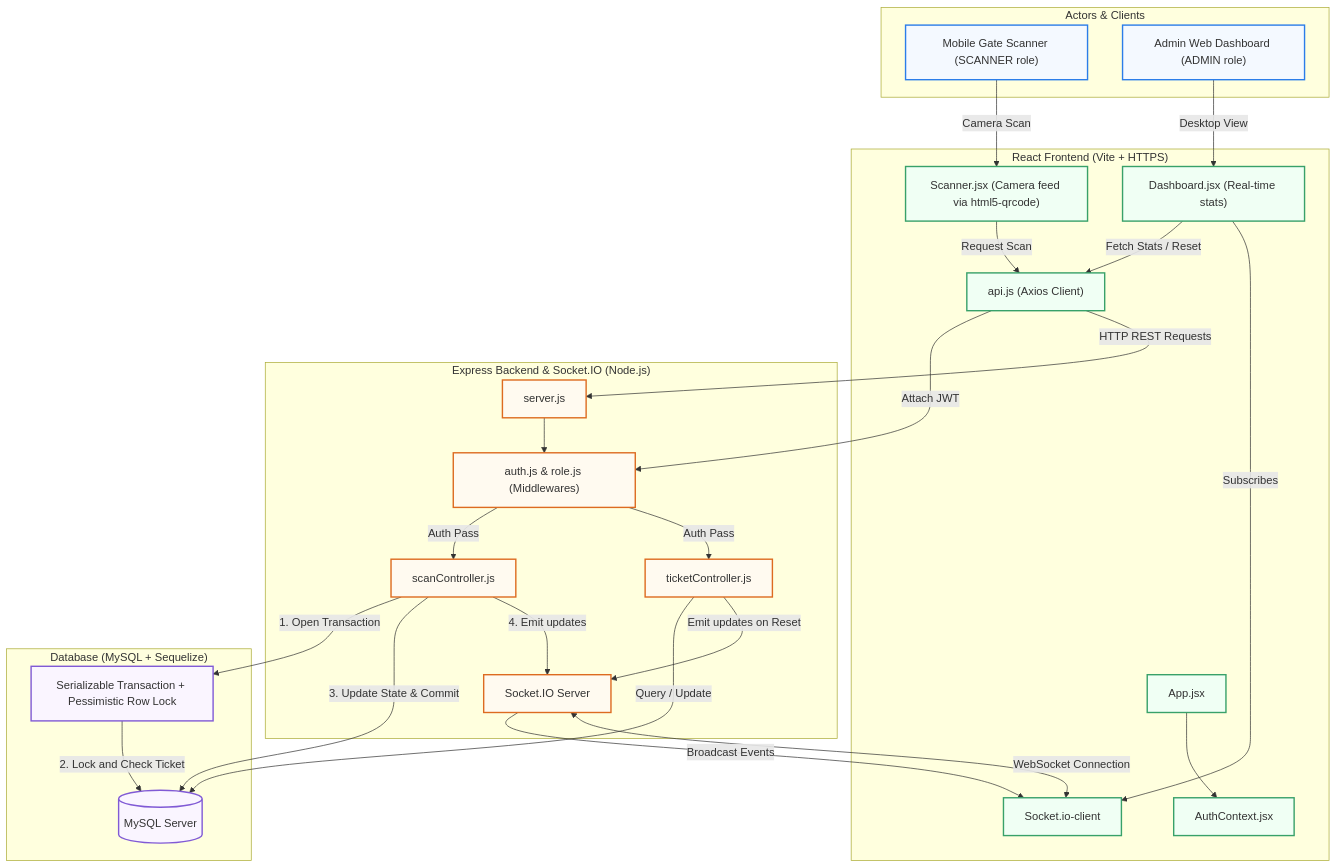
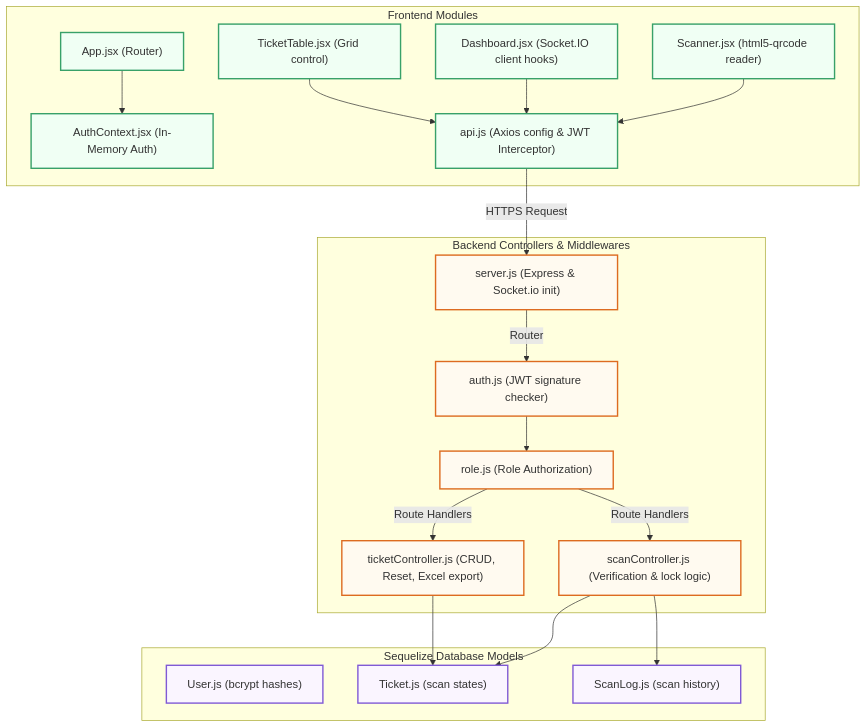
One commit to aloksingh245/QR-CODE-SCANNER-APPLICATION changed the second of 3 diagrams in ARCHITECTURE.md. Above: the diagram before and after it, drawn with Mermaid. The commit also changed other lines of this file, not shown here.

Commit message:
hld and lld architecture is added in architecture.md file

````diff
--- a/ARCHITECTURE.md
+++ b/ARCHITECTURE.md
@@ -9,75 +69,53 @@
 ```mermaid
 graph TD
     %% Define Classes for Styling
-    classDef client fill:#f4f9ff,stroke:#2b7de9,stroke-width:2px;
     classDef frontend fill:#f0fff4,stroke:#38a169,stroke-width:2px;
     classDef backend fill:#fffaf0,stroke:#dd6b20,stroke-width:2px;
     classDef database fill:#faf5ff,stroke:#805ad5,stroke-width:2px;
 
-    %% Subgraphs
-    subgraph Users ["Actors & Clients"]
-        Scanner["Mobile Gate Scanner (SCANNER role)"]
-        Admin["Admin Web Dashboard (ADMIN role)"]
-    end
-    
-    subgraph FE ["React Frontend (Vite + HTTPS)"]
-        App["App.jsx"]
-        AuthCtx["AuthContext.jsx"]
-        ScannerPage["Scanner.jsx (Camera feed via html5-qrcode)"]
-        DashPage["Dashboard.jsx (Real-time stats)"]
-        APIClient["api.js (Axios Client)"]
-        SocketClient["Socket.io-client"]
+    subgraph FE_Modules ["Frontend Modules"]
+        App["App.jsx (Router)"]
+        AuthCtx["AuthContext.jsx (In-Memory Auth)"]
+        ScannerPage["Scanner.jsx (html5-qrcode reader)"]
+        DashPage["Dashboard.jsx (Socket.IO client hooks)"]
+        api["api.js (Axios config & JWT Interceptor)"]
+        TicketTable["TicketTable.jsx (Grid control)"]
     end
 
-    subgraph BE ["Express Backend & Socket.IO (Node.js)"]
-        Server["server.js"]
-        AuthMW["auth.js & role.js (Middlewares)"]
-        ScanCtrl["scanController.js"]
-        TicketCtrl["ticketController.js"]
-        SocketServer["Socket.IO Server"]
+    subgraph BE_Modules ["Backend Controllers & Middlewares"]
+        Server["server.js (Express & Socket.io init)"]
+        AuthMW["auth.js (JWT signature checker)"]
+        RoleMW["role.js (Role Authorization)"]
+        ScanCtrl["scanController.js (Verification & lock logic)"]
+        TicketCtrl["ticketController.js (CRUD, Reset, Excel export)"]
     end
 
-    subgraph DB ["Database (MySQL + Sequelize)"]
-        MySQL[("MySQL Server")]
-        TxLock["Serializable Transaction + Pessimistic Row Lock"]
+    subgraph DB_Models ["Sequelize Database Models"]
+        M_User["User.js (bcrypt hashes)"]
+        M_Ticket["Ticket.js (scan states)"]
+        M_ScanLog["ScanLog.js (scan history)"]
     end
 
-    %% Client Interactions
-    Scanner -->|Camera Scan| ScannerPage
-    Admin -->|Desktop View| DashPage
+    %% FE Links
+    App --> AuthCtx
+    ScannerPage --> api
+    DashPage --> api
+    TicketTable --> api
+    api -->|HTTPS Request| Server
 
-    %% Frontend Internal
-    ScannerPage -->|Request Scan| APIClient
-    DashPage -->|Fetch Stats / Reset| APIClient
-    DashPage -->|Subscribes| SocketClient
+    %% BE Routing & Middlewares
+    Server -->|Router| AuthMW
+    AuthMW --> RoleMW
+    RoleMW -->|Route Handlers| ScanCtrl
+    RoleMW -->|Route Handlers| TicketCtrl
 
-    %% Auth Flow
-    App --> AuthCtx
-    APIClient -->|Attach JWT| AuthMW
-
-    %% Frontend to Backend Connections
-    APIClient -->|HTTP REST Requests| Server
-    SocketClient <-->|WebSocket Connection| SocketServer
-
-    %% Backend Routing & Execution
-    Server --> AuthMW
-    AuthMW -->|Auth Pass| ScanCtrl
-    AuthMW -->|Auth Pass| TicketCtrl
-
-    %% Concurrency & DB Layer
-    ScanCtrl -->|1. Open Transaction| TxLock
-    TxLock -->|2. Lock and Check Ticket| MySQL
-    ScanCtrl -->|3. Update State & Commit| MySQL
-    TicketCtrl -->|Query / Update| MySQL
-
-    %% Socket Broadcasts
-    ScanCtrl -->|4. Emit updates| SocketServer
-    TicketCtrl -->|Emit updates on Reset| SocketServer
-    SocketServer -->|Broadcast Events| SocketClient
-
+    %% Controller to Model access
+    ScanCtrl --> M_Ticket
+    ScanCtrl --> M_ScanLog
+    TicketCtrl --> M_Ticket
+    
     %% Apply Classes
-    class Scanner,Admin client;
-    class App,AuthCtx,ScannerPage,DashPage,APIClient,SocketClient frontend;
-    class Server,AuthMW,ScanCtrl,TicketCtrl,SocketServer backend;
-    class MySQL,TxLock database;
+    class App,AuthCtx,ScannerPage,DashPage,api,TicketTable frontend;
+    class Server,AuthMW,RoleMW,ScanCtrl,TicketCtrl backend;
+    class M_User,M_Ticket,M_ScanLog database;
 ```
````
